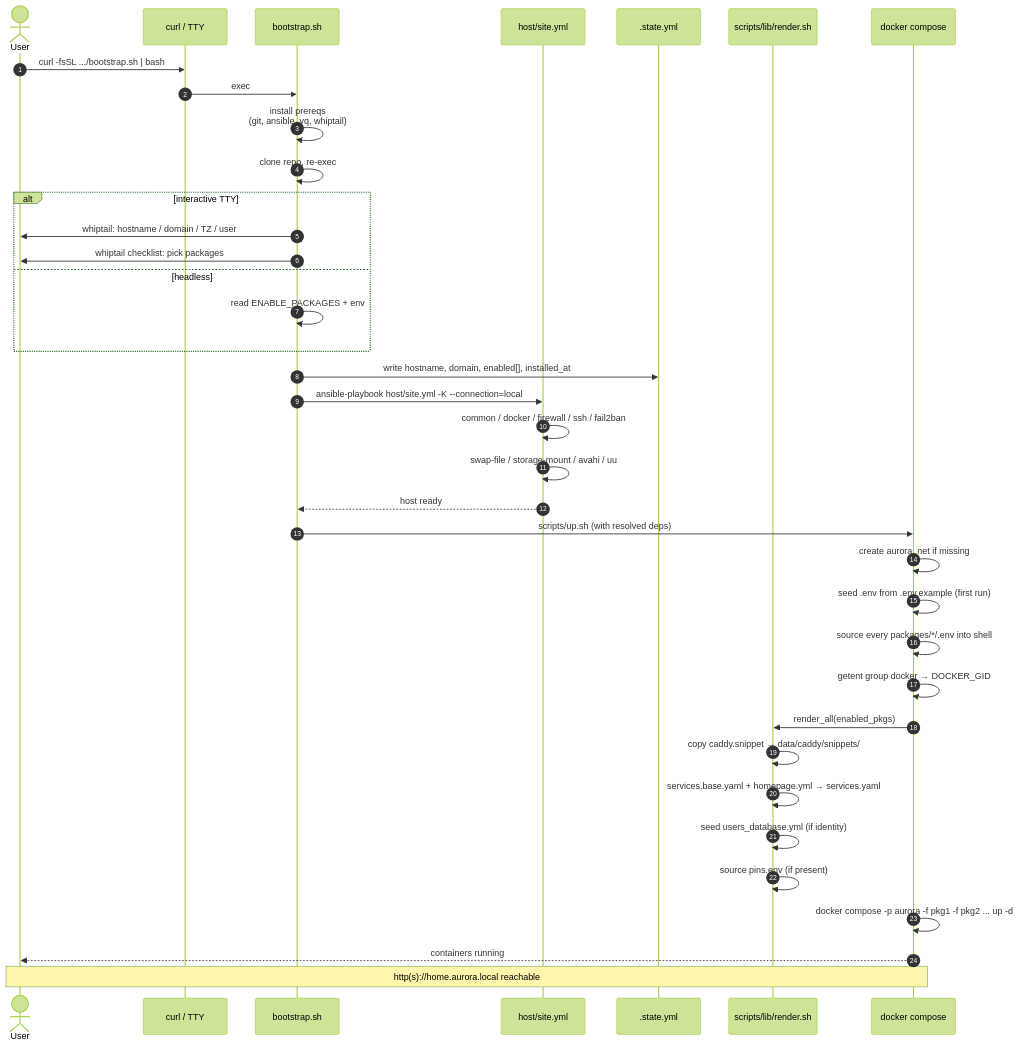
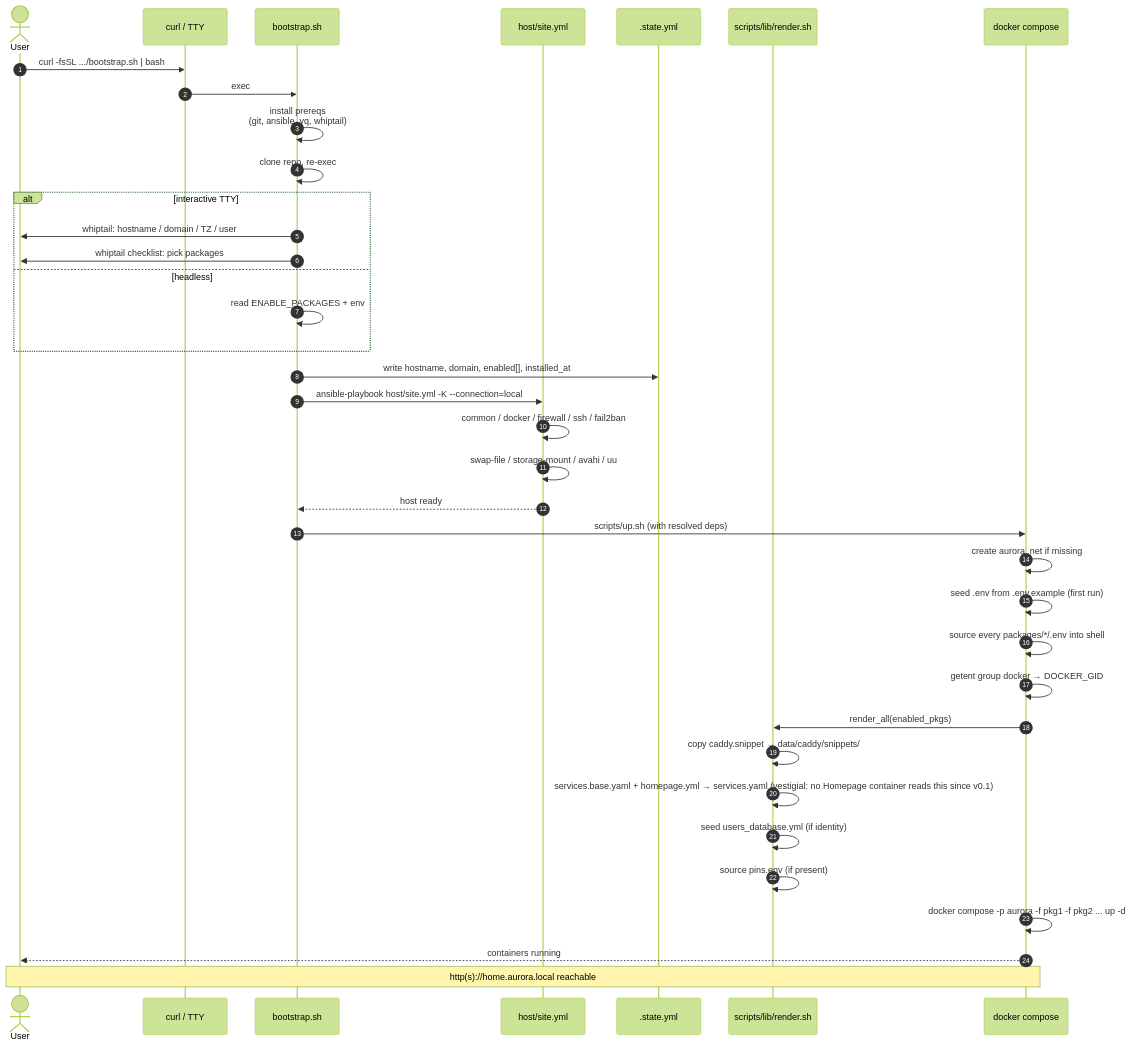
One commit to tomaytotomato/aurora.local changed the second of 3 diagrams in docs/ARCHITECTURE.md. Above: the diagram before and after it, drawn with Mermaid (forest theme). The commit also changed other lines of this file and 12 other files, not shown here.

````diff
--- a/docs/ARCHITECTURE.md
+++ b/docs/ARCHITECTURE.md
@@ -147,45 +146,45 @@
 ```mermaid
 sequenceDiagram
     autonumber
     actor User
     participant Curl as curl / TTY
     participant BS as bootstrap.sh
     participant Ansible as host/site.yml
     participant State as .state.yml
     participant Render as scripts/lib/render.sh
     participant Compose as docker compose
 
     User->>Curl: curl -fsSL .../bootstrap.sh | bash
     Curl->>BS: exec
     BS->>BS: install prereqs<br/>(git, ansible, yq, whiptail)
     BS->>BS: clone repo, re-exec
 
     alt interactive TTY
         BS->>User: whiptail: hostname / domain / TZ / user
         BS->>User: whiptail checklist: pick packages
     else headless
         BS->>BS: read ENABLE_PACKAGES + env
     end
 
     BS->>State: write hostname, domain, enabled[], installed_at
 
     BS->>Ansible: ansible-playbook host/site.yml -K --connection=local
     Ansible->>Ansible: common / docker / firewall / ssh / fail2ban
     Ansible->>Ansible: swap-file / storage-mount / avahi / uu
     Ansible-->>BS: host ready
 
     BS->>Compose: scripts/up.sh (with resolved deps)
     Compose->>Compose: create aurora_net if missing
     Compose->>Compose: seed .env from .env.example (first run)
     Compose->>Compose: source every packages/*/.env into shell
     Compose->>Compose: getent group docker → DOCKER_GID
     Compose->>Render: render_all(enabled_pkgs)
     Render->>Render: copy caddy.snippet → data/caddy/snippets/
-    Render->>Render: services.base.yaml + homepage.yml → services.yaml
+    Render->>Render: services.base.yaml + homepage.yml → services.yaml (vestigial: no Homepage container reads this since v0.1)
     Render->>Render: seed users_database.yml (if identity)
     Render->>Render: source pins.env (if present)
     Compose->>Compose: docker compose -p aurora -f pkg1 -f pkg2 ... up -d
 
     Compose-->>User: containers running
     Note over User,Compose: http(s)://home.aurora.local reachable
 ```
````
